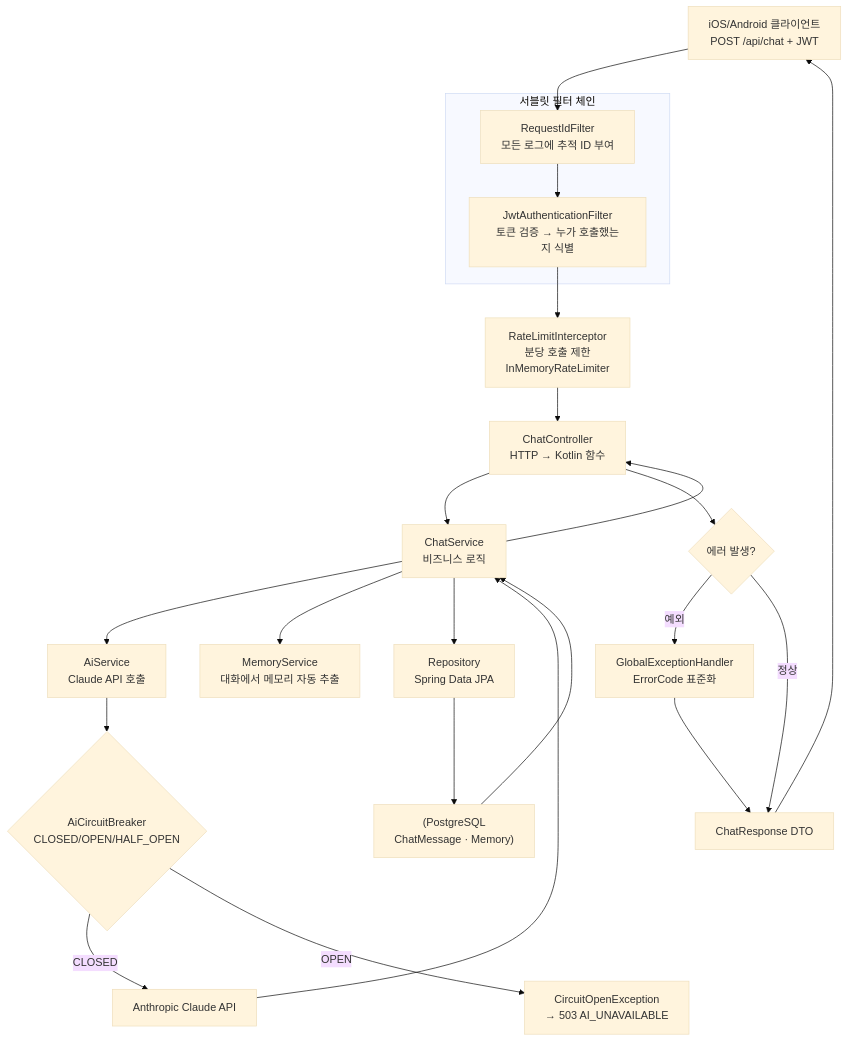
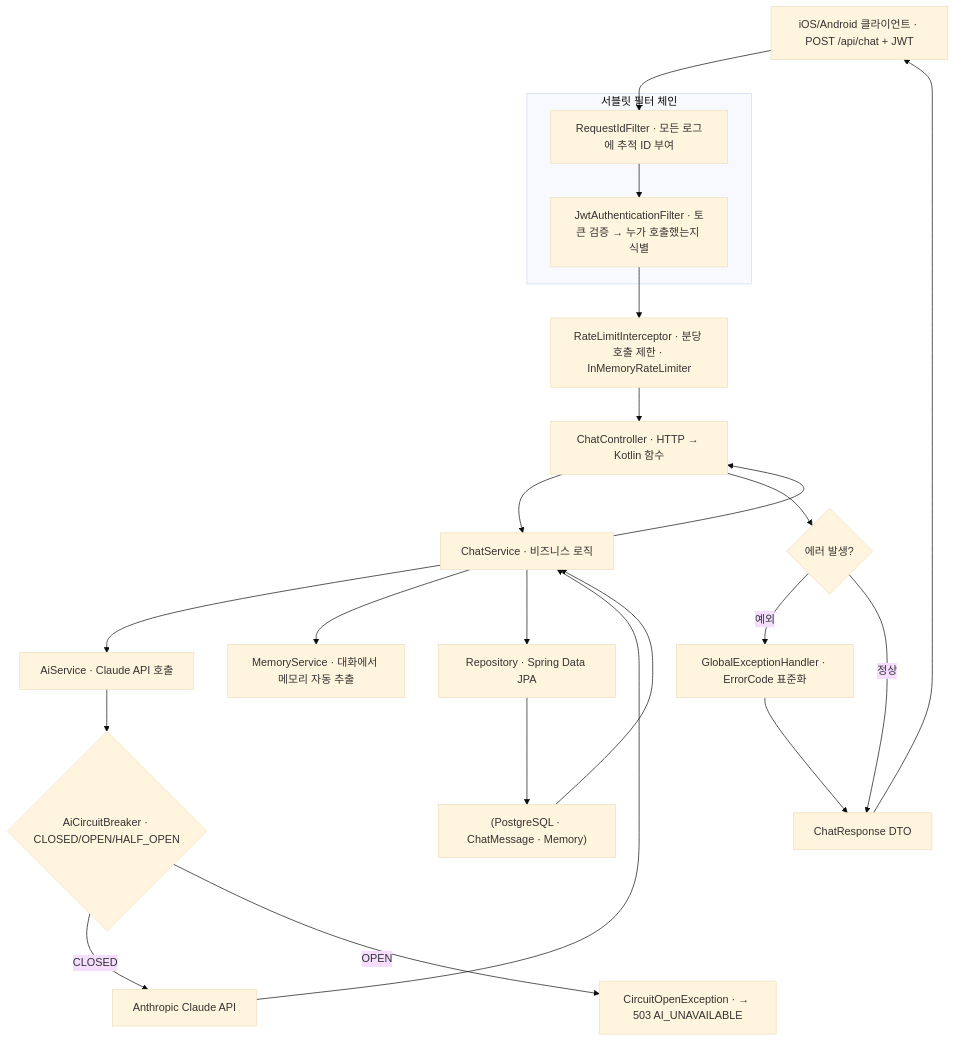
One commit to Mino777/ai-study changed the diagram in content/backend-ai/backend-flow-map-via-aidy-server.mdx. Above: the diagram before and after it, drawn with Mermaid (base theme). The commit also changed 16 other files, not shown here.

First line of the commit message:
fix: Mermaid <br/> 렌더링 에러 근본 해결 — auto-fix 승격 + 전체 MDX 일괄 치환

````diff
--- a/content/backend-ai/backend-flow-map-via-aidy-server.mdx
+++ b/content/backend-ai/backend-flow-map-via-aidy-server.mdx
@@ -114,30 +114,30 @@
 ```mermaid
 flowchart TD
-    Client["iOS/Android 클라이언트<br/>POST /api/chat + JWT"] --> F1
+    Client["iOS/Android 클라이언트 · POST /api/chat + JWT"] --> F1
 
     subgraph Filters ["서블릿 필터 체인"]
-      F1["RequestIdFilter<br/>모든 로그에 추적 ID 부여"] --> F2["JwtAuthenticationFilter<br/>토큰 검증 → 누가 호출했는지 식별"]
+      F1["RequestIdFilter · 모든 로그에 추적 ID 부여"] --> F2["JwtAuthenticationFilter · 토큰 검증 → 누가 호출했는지 식별"]
     end
 
-    F2 --> I1["RateLimitInterceptor<br/>분당 호출 제한<br/>InMemoryRateLimiter"]
-    I1 --> C["ChatController<br/>HTTP → Kotlin 함수"]
-    C --> S["ChatService<br/>비즈니스 로직"]
+    F2 --> I1["RateLimitInterceptor · 분당 호출 제한 · InMemoryRateLimiter"]
+    I1 --> C["ChatController · HTTP → Kotlin 함수"]
+    C --> S["ChatService · 비즈니스 로직"]
 
-    S --> AI["AiService<br/>Claude API 호출"]
-    AI --> CB{"AiCircuitBreaker<br/>CLOSED/OPEN/HALF_OPEN"}
+    S --> AI["AiService · Claude API 호출"]
+    AI --> CB{"AiCircuitBreaker · CLOSED/OPEN/HALF_OPEN"}
     CB -->|CLOSED| Anthropic[Anthropic Claude API]
-    CB -->|OPEN| Fail["CircuitOpenException<br/>→ 503 AI_UNAVAILABLE"]
+    CB -->|OPEN| Fail["CircuitOpenException · → 503 AI_UNAVAILABLE"]
 
-    S --> M["MemoryService<br/>대화에서 메모리 자동 추출"]
-    S --> R["Repository<br/>Spring Data JPA"]
-    R --> DB["(PostgreSQL<br/>ChatMessage · Memory)"]
+    S --> M["MemoryService · 대화에서 메모리 자동 추출"]
+    S --> R["Repository · Spring Data JPA"]
+    R --> DB["(PostgreSQL · ChatMessage · Memory)"]
 
     Anthropic --> S
     DB --> S
     S --> C
     C --> EH{에러 발생?}
-    EH -->|예외| GEH["GlobalExceptionHandler<br/>ErrorCode 표준화"]
+    EH -->|예외| GEH["GlobalExceptionHandler · ErrorCode 표준화"]
     EH -->|정상| Resp[ChatResponse DTO]
     GEH --> Resp
     Resp --> Client
 ```
````
